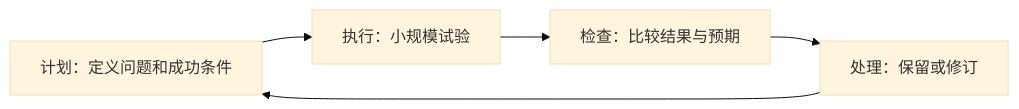
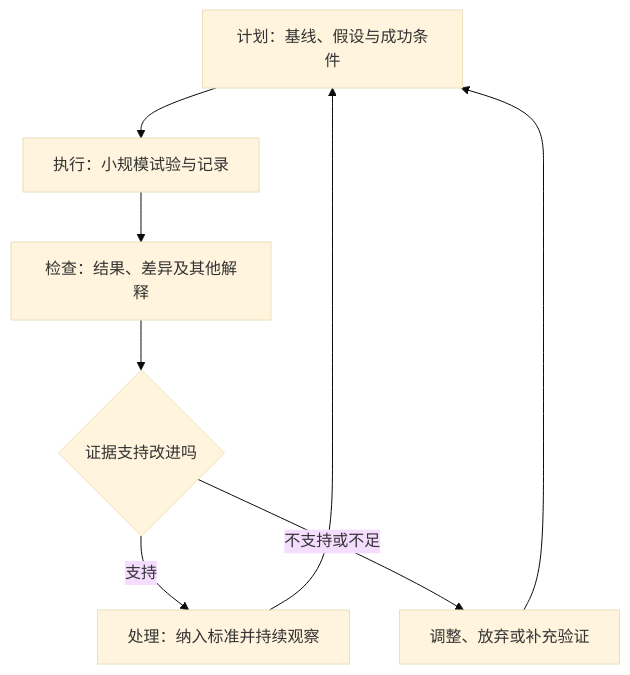
The diagram in 思考模型/04-执行与复盘/PDCA.md (luohaijiang789/AI-template), drawn with Mermaid (base theme) before and after one commit. The commit also changed other lines of this file and 10 other files, not shown here.

Commit message:
docs(models): 核验既有模型并补齐逻辑图与适用边界

````diff
--- a/思考模型/04-执行与复盘/PDCA.md
+++ b/思考模型/04-执行与复盘/PDCA.md
@@ -20,7 +20,10 @@
 ```mermaid
-flowchart LR
-    P[计划：定义问题和成功条件] --> D[执行：小规模试验]
-    D --> C[检查：比较结果与预期]
-    C --> A[处理：保留或修订]
+flowchart TD
+    P[计划：基线、假设与成功条件] --> D[执行：小规模试验与记录]
+    D --> C[检查：结果、差异及其他解释]
+    C --> Q{证据支持改进吗}
+    Q -->|支持| A[处理：纳入标准并持续观察]
+    Q -->|不支持或不足| R[调整、放弃或补充验证]
     A --> P
+    R --> P
 ```
````
